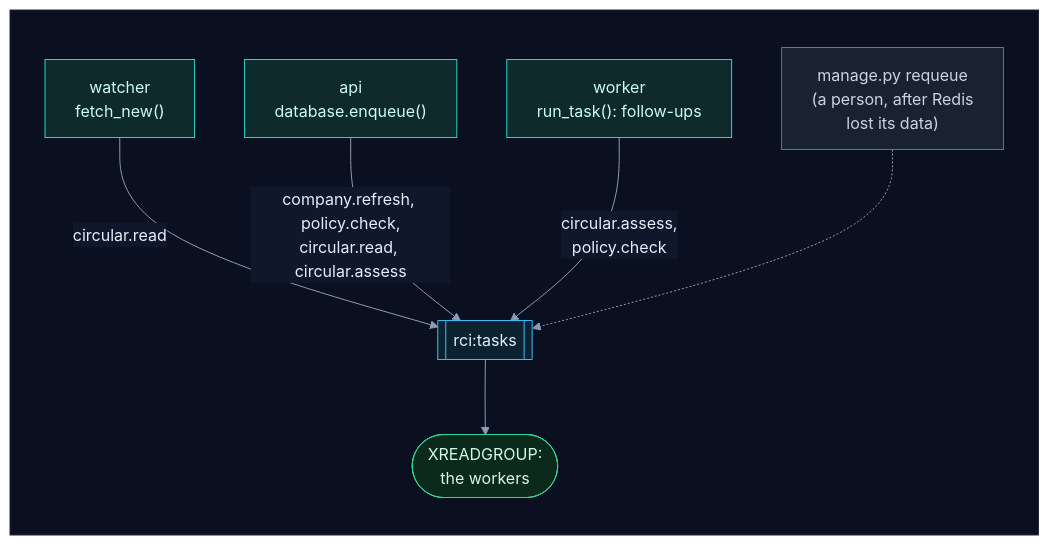
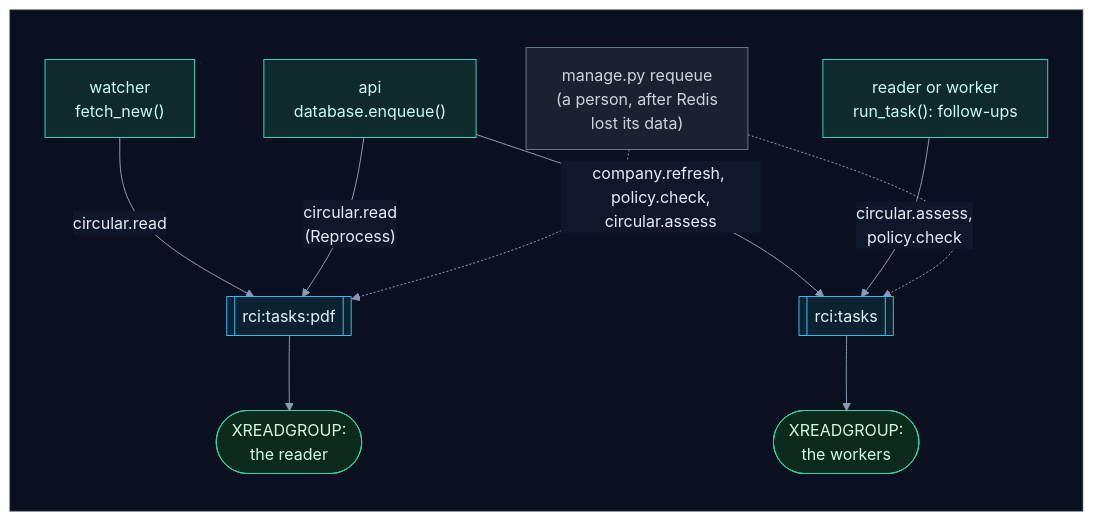
Before and after one commit to selvakumarperumal/Regulatory_Circular_Impact_Agent: diagram 42 of 45 in backend/worker/INTERNALS.md, drawn with Mermaid. The commit also changed other lines of this file and 7 other files, not shown here.

````diff
--- a/backend/worker/INTERNALS.md
+++ b/backend/worker/INTERNALS.md
@@ -2274,27 +2327,30 @@
 ```mermaid
 %%{init: {"theme": "base", "flowchart": {"diagramPadding": 0}, "themeVariables": {"darkMode": true, "primaryColor": "#16213a", "primaryTextColor": "#e6edf7", "primaryBorderColor": "#475a7a", "lineColor": "#8b9bb4", "secondaryColor": "#1b2436", "tertiaryColor": "#101a2e", "edgeLabelBackground": "#0f172a", "textColor": "#e2e8f0", "clusterBkg": "#0f1728", "clusterBorder": "#2b3a55", "titleColor": "#c4b5fd", "nodeTextColor": "#e6edf7"}}}%%
 flowchart TD
     subgraph canvas[" "]
         direction TB
-        W["watcher<br/>fetch_new()"] -->|"circular.read"| Q[["rci:tasks"]]
-        A["api<br/>database.enqueue()"] -->|"company.refresh, policy.check,<br/>circular.read, circular.assess"| Q
-        K["worker<br/>run_task(): follow-ups"] -->|"circular.assess,<br/>policy.check"| Q
-        M["manage.py requeue<br/>(a person, after Redis<br/>lost its data)"] -.-> Q
+        W["watcher<br/>fetch_new()"] -->|"circular.read"| P[["rci:tasks:pdf"]]
+        A["api<br/>database.enqueue()"] -->|"company.refresh, policy.check,<br/>circular.assess"| Q[["rci:tasks"]]
+        A -->|"circular.read<br/>(Reprocess)"| P
+        K["reader or worker<br/>run_task(): follow-ups"] -->|"circular.assess,<br/>policy.check"| Q
+        M["manage.py requeue<br/>(a person, after Redis<br/>lost its data)"] -.-> P
+        M -.-> Q
+        P --> Y(["XREADGROUP:<br/>the reader"])
         Q --> X(["XREADGROUP:<br/>the workers"])
     end
     classDef svc fill:#0e2a2c,stroke:#2dd4bf,color:#ccfbf1
     classDef data fill:#1c1a47,stroke:#818cf8,color:#e0e7ff
     classDef ext fill:#2a1640,stroke:#c084fc,color:#f3e8ff
     classDef gpu fill:#2d1b0c,stroke:#fb923c,color:#ffedd5
     classDef ask fill:#2a2410,stroke:#fbbf24,color:#fef3c7
     classDef ok fill:#0b2a1c,stroke:#34d399,color:#d1fae5
     classDef bad fill:#2e0f17,stroke:#fb7185,color:#ffe4e6
     classDef start fill:#1c2a0e,stroke:#a7ef6f,color:#ecfccb
     classDef muted fill:#1a2130,stroke:#64748b,color:#cbd5e1
     classDef queue fill:#0c2231,stroke:#38bdf8,color:#e0f2fe
     class W,A,K svc
     class M muted
-    class Q queue
-    class X ok
+    class P,Q queue
+    class X,Y ok
     style canvas fill:#0b1020,stroke:#1e293b,color:#0b1020
 ```
````
